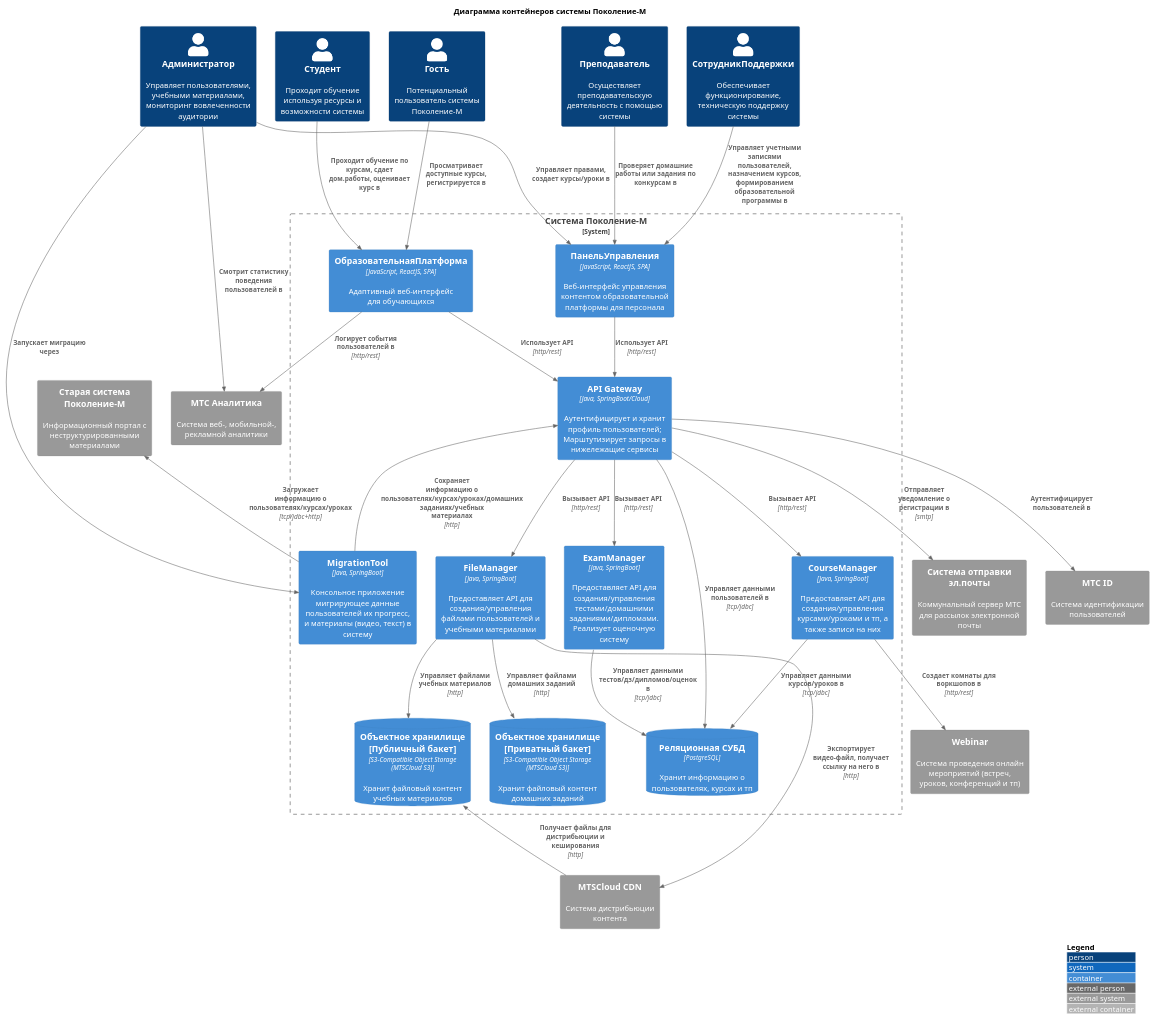
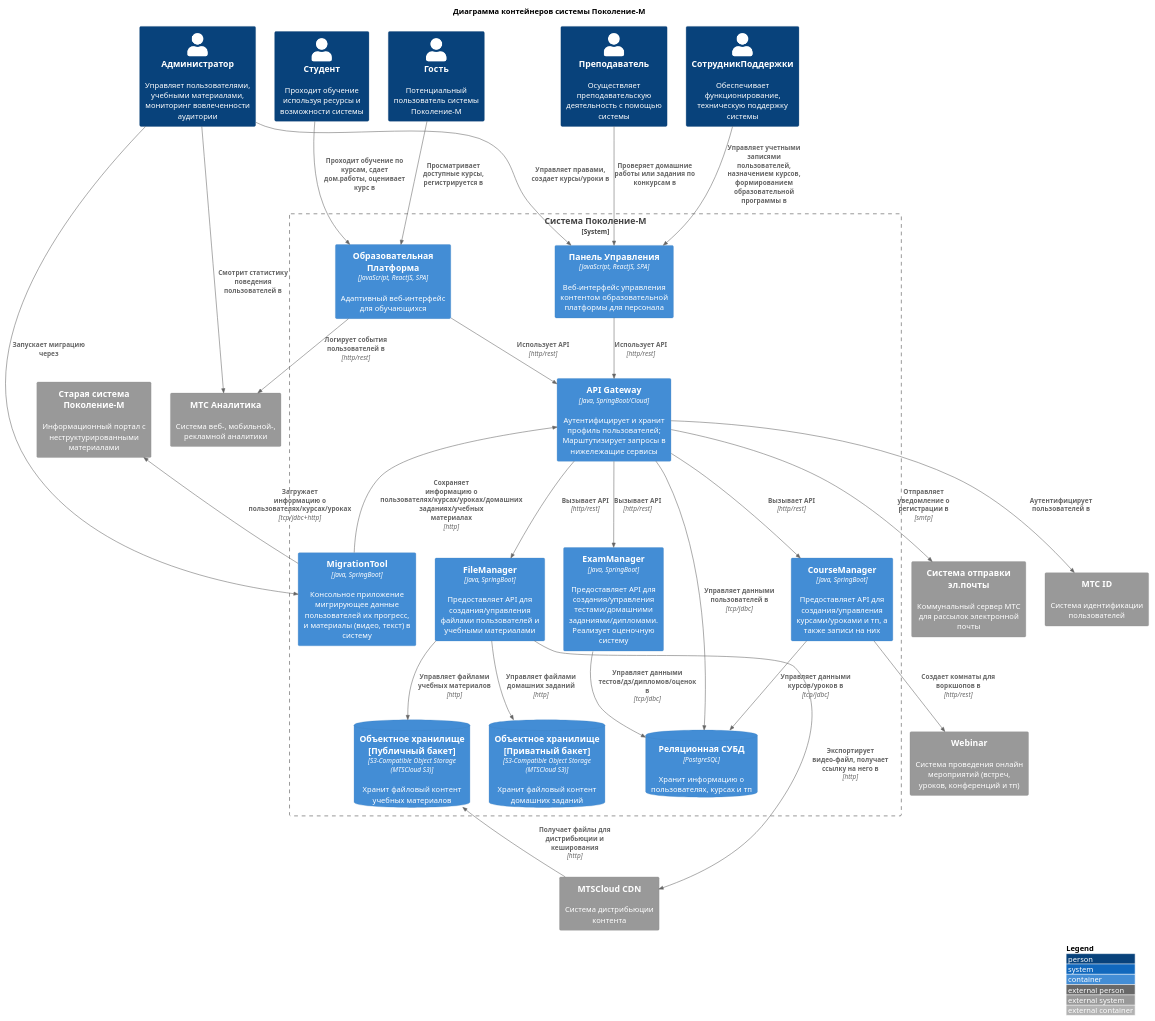
Before and after one commit to karpoftea/mts-kata-2023: the diagram in docs/c4/containers.md, drawn with PlantUML. The commit also changed 1 other file, not shown here.

Commit message:
Обновил скрин, поправил мелочи по контейнерам

````diff
--- a/docs/c4/containers.md
+++ b/docs/c4/containers.md
@@ -7,71 +7,71 @@
 ```plantuml
 @startuml
 !include https://raw.githubusercontent.com/plantuml-stdlib/C4-PlantUML/master/C4_Container.puml
 
 LAYOUT_WITH_LEGEND()
 
 title Диаграмма контейнеров системы Поколение-М
 
 Person(guest, "Гость", "Потенциальный пользователь системы Поколение-М")
 Person(student, "Студент", "Проходит обучение используя ресурсы и возможности системы")
 Person(teacher, "Преподаватель", "Осуществляет преподавательскую деятельность с помощью системы")
 Person(support, "СотрудникПоддержки", "Обеспечивает функционирование, техническую поддержку системы")
 Person(admin, "Администратор", "Управляет пользователями, учебными материалами, мониторинг вовлеченности аудитории")
 
 System_Boundary(sys, "Система Поколение-М") {
-    Container(userwebapp, "ОбразовательнаяПлатформа", "JavaScript, ReactJS, SPA", "Адаптивный веб-интерфейс для обучающихся")
-    Container(adminwebapp, "ПанельУправления", "JavaScript, ReactJS, SPA", "Веб-интерфейс управления контентом образовательной платформы для персонала")
+    Container(userwebapp, "Образовательная Платформа", "JavaScript, ReactJS, SPA", "Адаптивный веб-интерфейс для обучающихся")
+    Container(adminwebapp, "Панель Управления", "JavaScript, ReactJS, SPA", "Веб-интерфейс управления контентом образовательной платформы для персонала")
     Container(gw, "API Gateway", "Java, SpringBoot/Cloud", "Аутентифицирует и хранит профиль пользователей; Марштутизирует запросы в нижележащие сервисы")
     Container(cm, "CourseManager", "Java, SpringBoot", "Предоставляет API для создания/управления курсами/уроками и тп, а также записи на них")
     Container(fm, "FileManager", "Java, SpringBoot", "Предоставляет API для создания/управления файлами пользователей и учебными материалами")
     Container(em, "ExamManager", "Java, SpringBoot", "Предоставляет API для создания/управления тестами/домашними заданиями/дипломами. Реализует оценочную систему")
     Container(mt, "MigrationTool", "Java, SpringBoot", "Консольное приложение мигрирующее данные пользователей их прогресс, и материалы (видео, текст) в систему")
     ContainerDb(dbms, "Реляционная СУБД", "PostgreSQL", "Хранит информацию о пользователях, курсах и тп")
     ContainerDb(s3private, "Объектное хранилище [Приватный бакет]", "S3-Compatible Object Storage (MTSCloud S3)", "Хранит файловый контент домашних заданий")
     ContainerDb(s3public, "Объектное хранилище [Публичный бакет]", "S3-Compatible Object Storage (MTSCloud S3)", "Хранит файловый контент учебных материалов")
 }
 
 System_Ext(mtsa, "МТС Аналитика", "Система веб-, мобильной-, рекламной аналитики")
 System_Ext(emailsys, "Система отправки эл.почты", "Коммунальный сервер МТС для рассылок электронной почты")
 System_Ext(mtsid, "МТС ID", "Система идентификации пользователей")
 System_Ext(mtscloudcdn, "MTSCloud CDN", "Система дистрибьюции контента")
 System_Ext(legacy, "Старая система Поколение-М", "Информационный портал с неструктурированными материалами")
 System_Ext(webinar, "Webinar", "Система проведения онлайн мероприятий (встреч, уроков, конференций и тп)")
 
 Rel(admin, adminwebapp, "Управляет правами, создает курсы/уроки в")
 Rel(admin, mtsa, "Смотрит статистику поведения пользователей в")
 Rel(admin, mt, "Запускает миграцию через")
 
 Rel(guest, userwebapp, "Просматривает доступные курсы, регистрируется в")
 Rel(student, userwebapp, "Проходит обучение по курсам, сдает дом.работы, оценивает курс в")
 Rel(teacher, adminwebapp, "Проверяет домашние работы или задания по конкурсам в")
 Rel(support, adminwebapp, "Управляет учетными записями пользователей, назначением курсов, формированием образовательной программы в")
 
 Rel(userwebapp, gw, "Использует API", "http/rest")
 Rel(userwebapp, mtsa, "Логирует события пользователей в", "http/rest")
 
 Rel(adminwebapp, gw, "Использует API", "http/rest")
 
 Rel(gw, dbms, "Управляет данными пользователей в", "tcp/jdbc")
 Rel(gw, emailsys, "Отправляет уведомление о регистрации в", "smtp")
 Rel(gw, mtsid, "Аутентифицирует пользователей в")
 Rel(gw, cm, "Вызывает API", "http/rest")
 Rel(gw, fm, "Вызывает API", "http/rest")
 Rel(gw, em, "Вызывает API", "http/rest")
 
 Rel(cm, dbms, "Управляет данными курсов/уроков в", "tcp/jdbc")
 Rel(cm, webinar, "Создает комнаты для воркшопов в", "http/rest")
 
 Rel(em, dbms, "Управляет данными тестов/дз/дипломов/оценок в", "tcp/jdbc")
 
 Rel_U(mt, legacy, "Загружает информацию о пользователях/курсах/уроках", "tcp/jdbc+http")
 Rel_U(mt, gw, "Сохраняет информацию о пользователях/курсах/уроках/домашних заданиях/учебных материалах", "http")
 
 Rel(fm, s3private, "Управляет файлами домашних заданий", "http")
 Rel(fm, s3public, "Управляет файлами учебных материалов", "http")
 Rel(fm, mtscloudcdn, "Экспортирует видео-файл, получает ссылку на него в", "http")
 
 Rel_U(mtscloudcdn, s3public, "Получает файлы для дистрибьюции и кеширования", "http")
 
 @enduml
 ```
````
